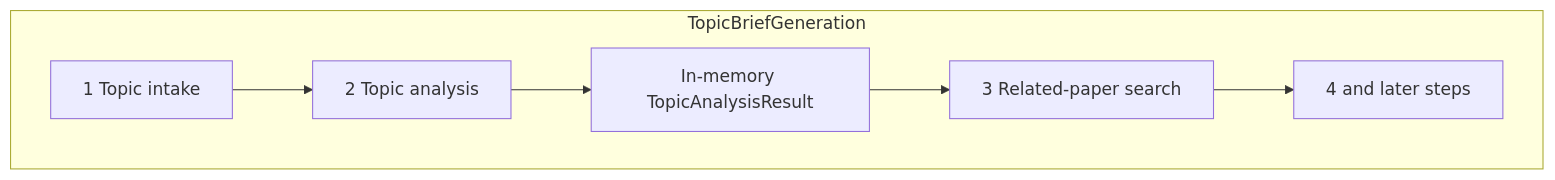
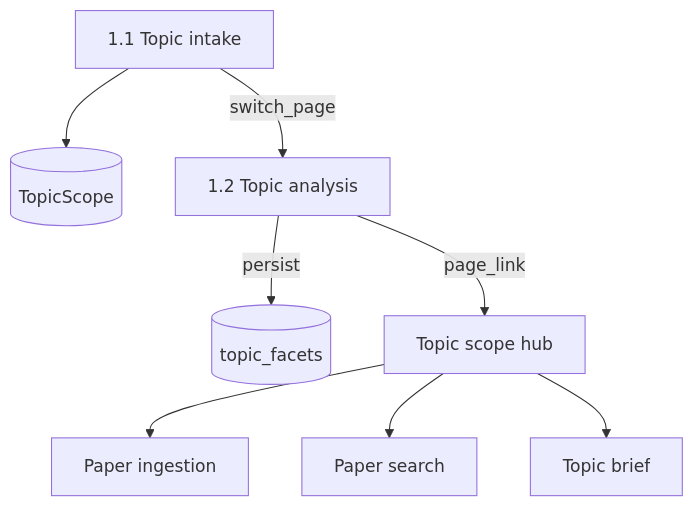
One commit to GustavoRusso/paper-reviewer changed the diagram in docs/specs/1.2-topic-analysis.md. Above: the diagram before and after it, drawn with Mermaid. The commit also changed other lines of this file and 14 other files, not shown here.

Commit message:
updated specs to define the topic brief generation workflow as a multiphase workflow where steps can be run separately

````diff
--- a/docs/specs/1.2-topic-analysis.md
+++ b/docs/specs/1.2-topic-analysis.md
@@ -48,14 +49,18 @@
 ```mermaid
 flowchart TB
-  subgraph tbg [TopicBriefGeneration]
-    intake[1 Topic intake]
-    analyze[2 Topic analysis]
-    result[In-memory TopicAnalysisResult]
-    search[3 Related-paper search]
-    later[4 and later steps]
-    intake --> analyze
-    analyze --> result
-    result --> search
-    search --> later
-  end
+  intake[1.1 Topic intake]
+  scope[(TopicScope)]
+  analyze[1.2 Topic analysis]
+  facets[(topic_facets)]
+  hub[Topic scope hub]
+  ingest[Paper ingestion]
+  paperSearch[Paper search]
+  topicBrief[Topic brief]
+  intake -->|switch_page| analyze
+  intake --> scope
+  analyze -->|persist| facets
+  analyze -->|page_link| hub
+  hub --> ingest
+  hub --> paperSearch
+  hub --> topicBrief
 ```
````
